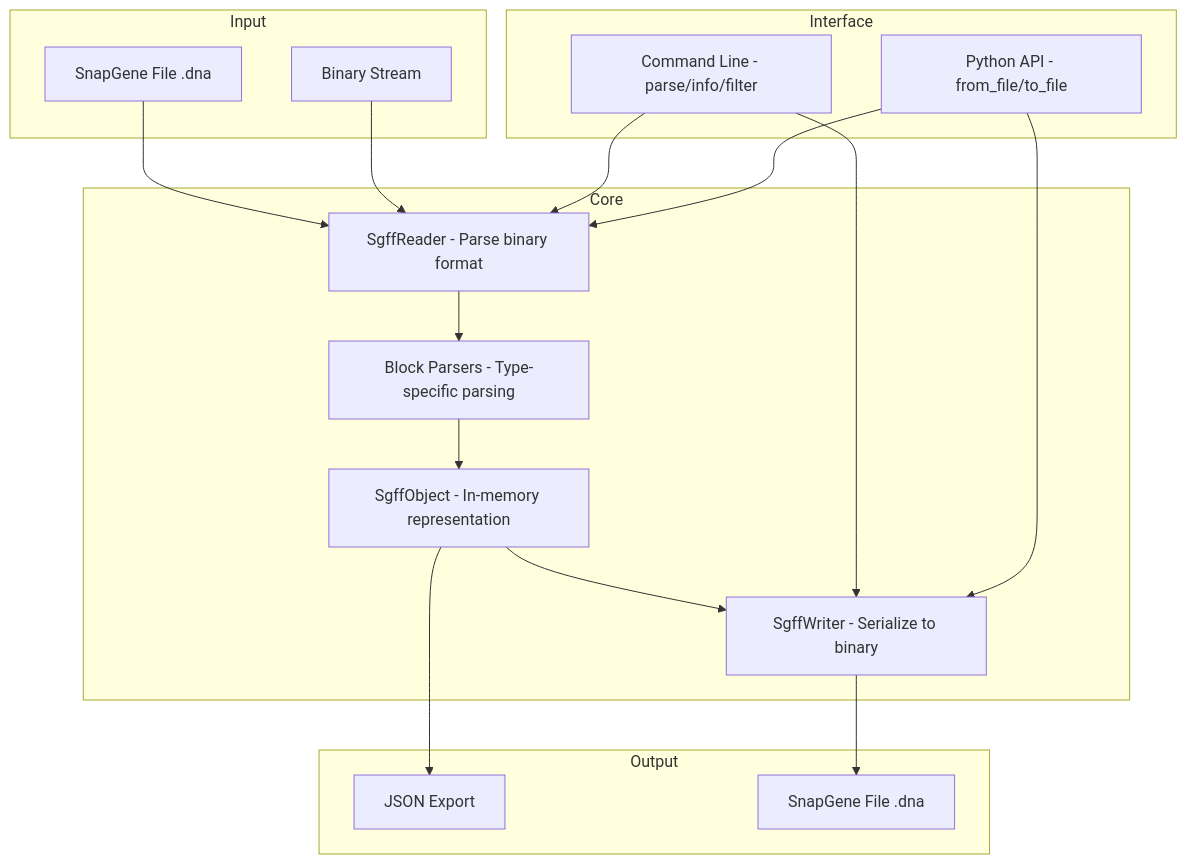
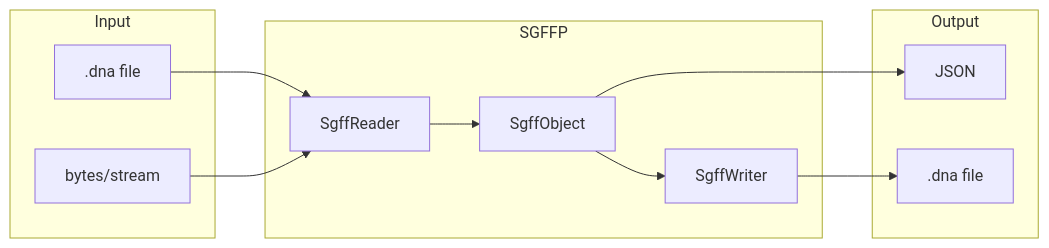
One commit to merv1n34k/sgffp changed the diagram in README.md. Above: the diagram before and after it, drawn with Mermaid. The commit also changed other lines of this file and 3 other files, not shown here.

First line of the commit message:
feat: pure JSON format and bug fixes

````diff
--- a/README.md
+++ b/README.md
@@ -14,37 +14,25 @@
 ```mermaid
-graph TB
+flowchart LR
     subgraph Input
-        File[SnapGene File .dna]
-        Stream[Binary Stream]
+        DNA[".dna file"]
+        Bytes["bytes/stream"]
     end
 
-    subgraph Core
-        Reader[SgffReader - Parse binary format]
-        Internal[SgffObject - In-memory representation]
-        Writer[SgffWriter - Serialize to binary]
-        Parsers[Block Parsers - Type-specific parsing]
+    subgraph SGFFP
+        Reader["SgffReader"]
+        Object["SgffObject"]
+        Writer["SgffWriter"]
     end
 
     subgraph Output
-        JSON[JSON Export]
-        OutFile[SnapGene File .dna]
+        JSON["JSON"]
+        File[".dna file"]
     end
 
-    subgraph Interface
-        CLI[Command Line - parse/info/filter]
-        API[Python API - from_file/to_file]
-    end
-
-    File --> Reader
-    Stream --> Reader
-    Reader --> Parsers
-    Parsers --> Internal
-    Internal --> Writer
-    Writer --> OutFile
-    Internal --> JSON
-
-    CLI --> Reader
-    CLI --> Writer
-    API --> Reader
-    API --> Writer
+    DNA --> Reader
+    Bytes --> Reader
+    Reader --> Object
+    Object --> Writer
+    Object --> JSON
+    Writer --> File
 ```
````
